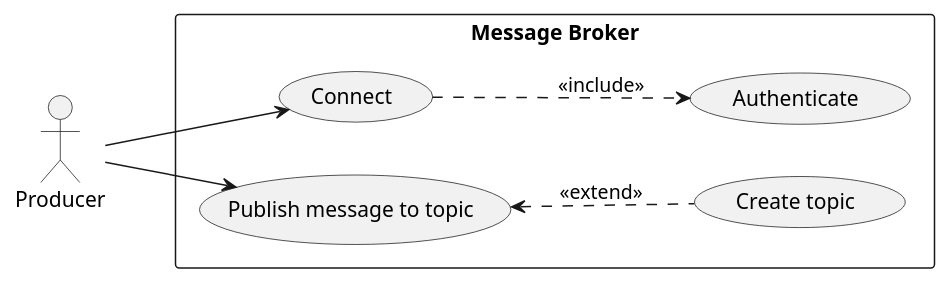
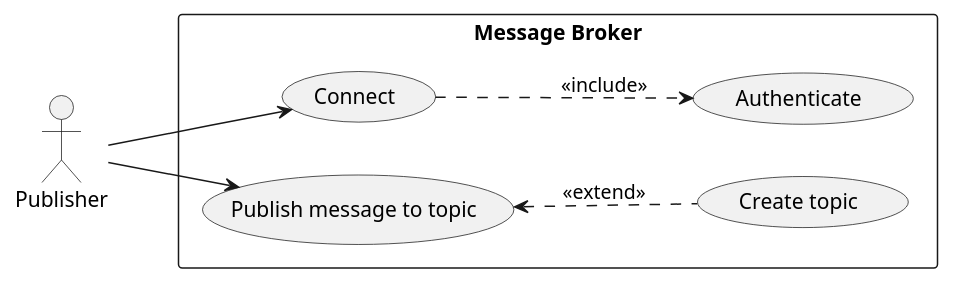
The diagram in diagrams/use_prod.puml (Marcel-MD/geo-distributed-message-broker), drawn with PlantUML before and after one commit. The commit also changed 14 other files, not shown here.

```diff
--- a/diagrams/use_prod.puml
+++ b/diagrams/use_prod.puml
@@ -1,18 +1,18 @@
 @startuml
 left to right direction
 
-actor "Producer" as P
+actor "Publisher" as P
 
 rectangle "Message Broker" {
   usecase "Authenticate" as A
   usecase "Connect" as C
   usecase "Create topic" as CT
   usecase "Publish message to topic" as PT
 }
 
 P --> C
 P --> PT
 
 C ..> A : <<include>>
 PT <.. CT : <<extend>>
 @enduml
```
